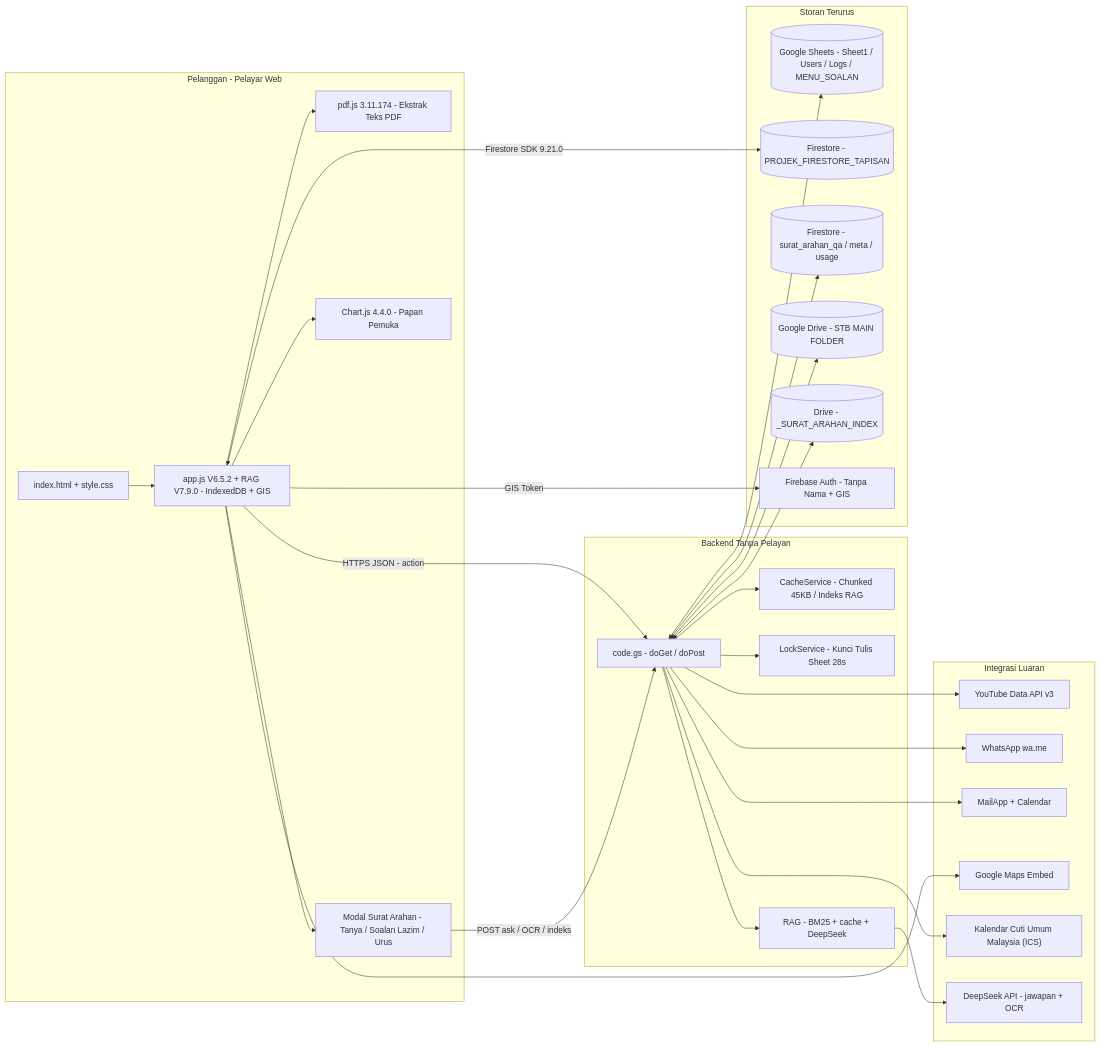
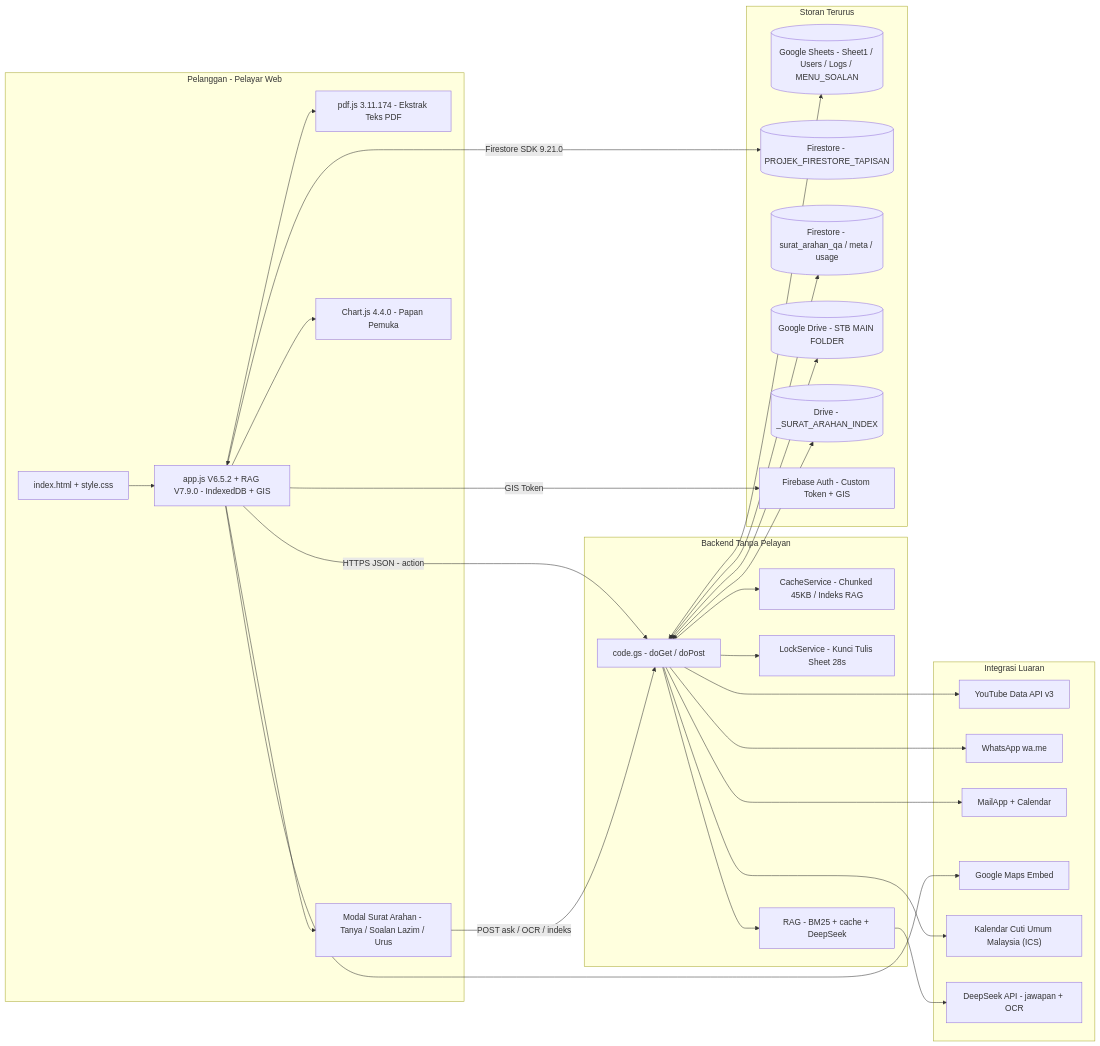
One commit to SPTB-PKK-HQ/Integrated-System-V1 changed the first of 5 diagrams in structure.md. Above: the diagram before and after it, drawn with Mermaid. The commit also changed other lines of this file and 4 other files, not shown here.

Commit message:
V6.13.2: Firebase custom token dan persediaan rules Firestore ketat

````diff
--- a/structure.md
+++ b/structure.md
@@ -72,53 +72,53 @@
 ```mermaid
 flowchart LR
     subgraph KLIEN["Pelanggan - Pelayar Web"]
         UI["index.html + style.css"]
         APP["app.js V6.5.2 + RAG V7.9.0 - IndexedDB + GIS"]
         PDF["pdf.js 3.11.174 - Ekstrak Teks PDF"]
         RAGUI["Modal Surat Arahan - Tanya / Soalan Lazim / Urus"]
         CHART["Chart.js 4.4.0 - Papan Pemuka"]
     end
     subgraph PINTU["Backend Tanpa Pelayan"]
         GAS["code.gs - doGet / doPost"]
         CACHE["CacheService - Chunked 45KB / Indeks RAG"]
         LOCK["LockService - Kunci Tulis Sheet 28s"]
         BM25["RAG - BM25 + cache + DeepSeek"]
     end
     subgraph DATA["Storan Terurus"]
         SHEET[("Google Sheets - Sheet1 / Users / Logs / MENU_SOALAN")]
         FIRE[("Firestore - PROJEK_FIRESTORE_TAPISAN")]
         FIRERAG[("Firestore - surat_arahan_qa / meta / usage")]
         DRIVE[("Google Drive - STB MAIN FOLDER")]
         INDEX[("Drive - _SURAT_ARAHAN_INDEX")]
-        AUTH["Firebase Auth - Tanpa Nama + GIS"]
+        AUTH["Firebase Auth - Custom Token + GIS"]
     end
     subgraph LUAR["Integrasi Luaran"]
         YT["YouTube Data API v3"]
         WA["WhatsApp wa.me"]
         MAIL["MailApp + Calendar"]
         MAPS["Google Maps Embed"]
         HOL["Kalendar Cuti Umum Malaysia (ICS)"]
         DS["DeepSeek API - jawapan + OCR"]
     end
     UI --> APP
     APP -->|"HTTPS JSON - action"| GAS
     APP <-->|"Firestore SDK 9.21.0"| FIRE
     APP -->|"GIS Token"| AUTH
     APP --> PDF
     APP --> RAGUI
     RAGUI -->|"POST ask / OCR / indeks"| GAS
     GAS --> CACHE
     GAS --> LOCK
     GAS --> BM25
     GAS <--> SHEET
     GAS <--> DRIVE
     GAS <--> FIRERAG
     GAS <--> INDEX
     BM25 --> DS
     GAS --> YT
     GAS --> MAIL
     GAS --> HOL
     APP --> CHART
     APP --> MAPS
     GAS --> WA
 ```
````
